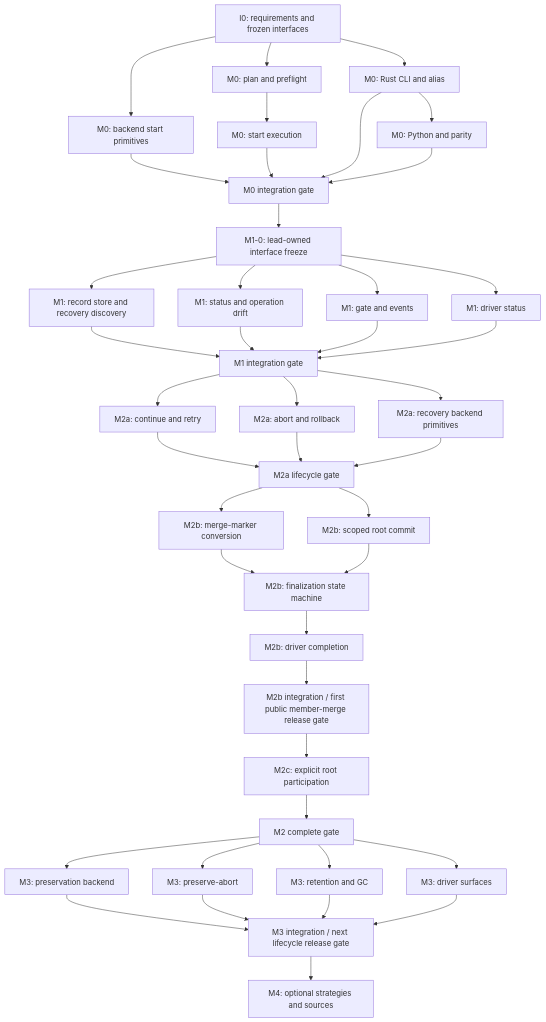
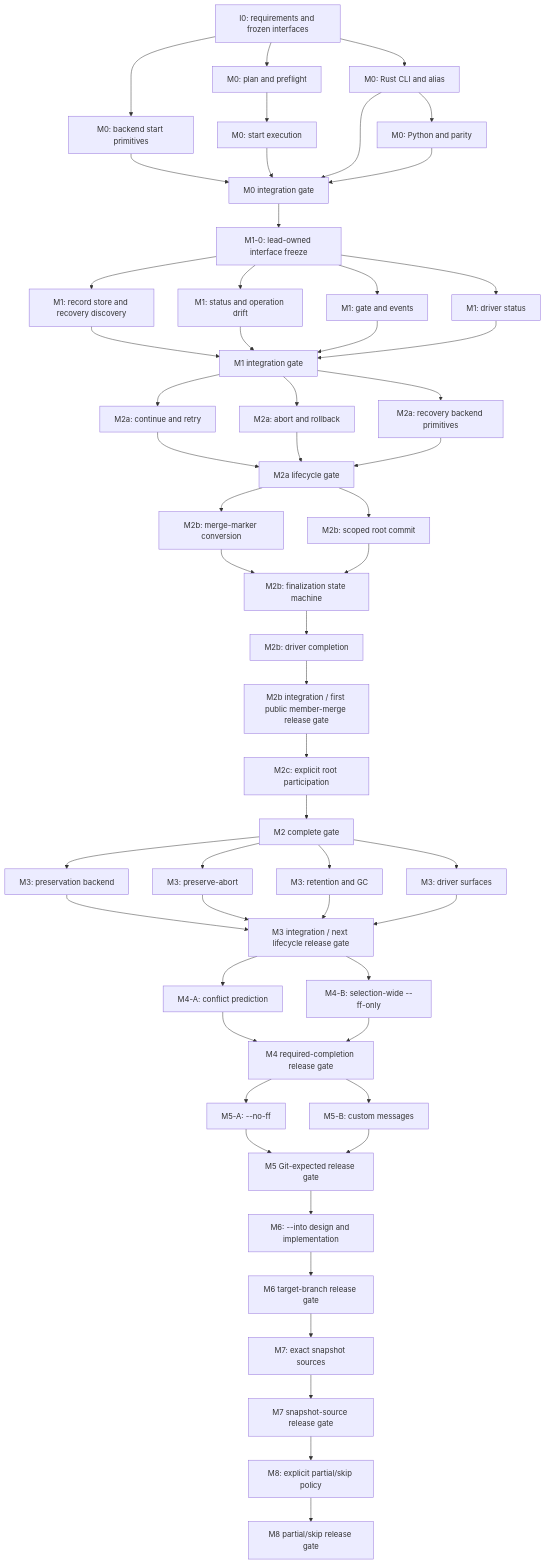
The diagram in dev-docs/GwzMergePlan.md (owebeeone/gwz-core), drawn with Mermaid before and after one commit. The commit also changed other lines of this file and 1 other file, not shown here.

First line of the commit message:
docs: split remaining merge release waves

````diff
--- a/dev-docs/GwzMergePlan.md
+++ b/dev-docs/GwzMergePlan.md
@@ -431,44 +447,57 @@
 ```mermaid
 flowchart TD
     I0["I0: requirements and frozen interfaces"] --> M0A["M0: backend start primitives"]
     I0 --> M0B1["M0: plan and preflight"]
     M0B1 --> M0B2["M0: start execution"]
     I0 --> M0C1["M0: Rust CLI and alias"]
     M0C1 --> M0C2["M0: Python and parity"]
     M0A --> G0["M0 integration gate"]
     M0B2 --> G0
     M0C1 --> G0
     M0C2 --> G0
     G0 --> M10["M1-0: lead-owned interface freeze"]
     M10 --> M1A["M1: record store and recovery discovery"]
     M10 --> M1B["M1: status and operation drift"]
     M10 --> M1C1["M1: gate and events"]
     M10 --> M1C2["M1: driver status"]
     M1A --> G1["M1 integration gate"]
     M1B --> G1
     M1C1 --> G1
     M1C2 --> G1
     G1 --> M2A["M2a: continue and retry"]
     G1 --> M2B["M2a: abort and rollback"]
     G1 --> M2C["M2a: recovery backend primitives"]
     M2A --> G2A["M2a lifecycle gate"]
     M2B --> G2A
     M2C --> G2A
     G2A --> M2M["M2b: merge-marker conversion"]
     G2A --> M2G["M2b: scoped root commit"]
     M2M --> M2F["M2b: finalization state machine"]
     M2G --> M2F
     M2F --> M2D["M2b: driver completion"]
     M2D --> G2B["M2b integration / first public member-merge release gate"]
     G2B --> M2R["M2c: explicit root participation"]
     M2R --> G2C["M2 complete gate"]
     G2C --> M3A["M3: preservation backend"]
     G2C --> M3B["M3: preserve-abort"]
     G2C --> M3C1["M3: retention and GC"]
     G2C --> M3C2["M3: driver surfaces"]
     M3A --> G3["M3 integration / next lifecycle release gate"]
     M3B --> G3
     M3C1 --> G3
     M3C2 --> G3
-    G3 --> M4["M4: optional strategies and sources"]
+    G3 --> M4A["M4-A: conflict prediction"]
+    G3 --> M4B["M4-B: selection-wide --ff-only"]
+    M4A --> G4["M4 required-completion release gate"]
+    M4B --> G4
+    G4 --> M5A["M5-A: --no-ff"]
+    G4 --> M5B["M5-B: custom messages"]
+    M5A --> G5["M5 Git-expected release gate"]
+    M5B --> G5
+    G5 --> M6["M6: --into design and implementation"]
+    M6 --> G6["M6 target-branch release gate"]
+    G6 --> M7["M7: exact snapshot sources"]
+    M7 --> G7["M7 snapshot-source release gate"]
+    G7 --> M8["M8: explicit partial/skip policy"]
+    M8 --> G8["M8 partial/skip release gate"]
 ```
````
